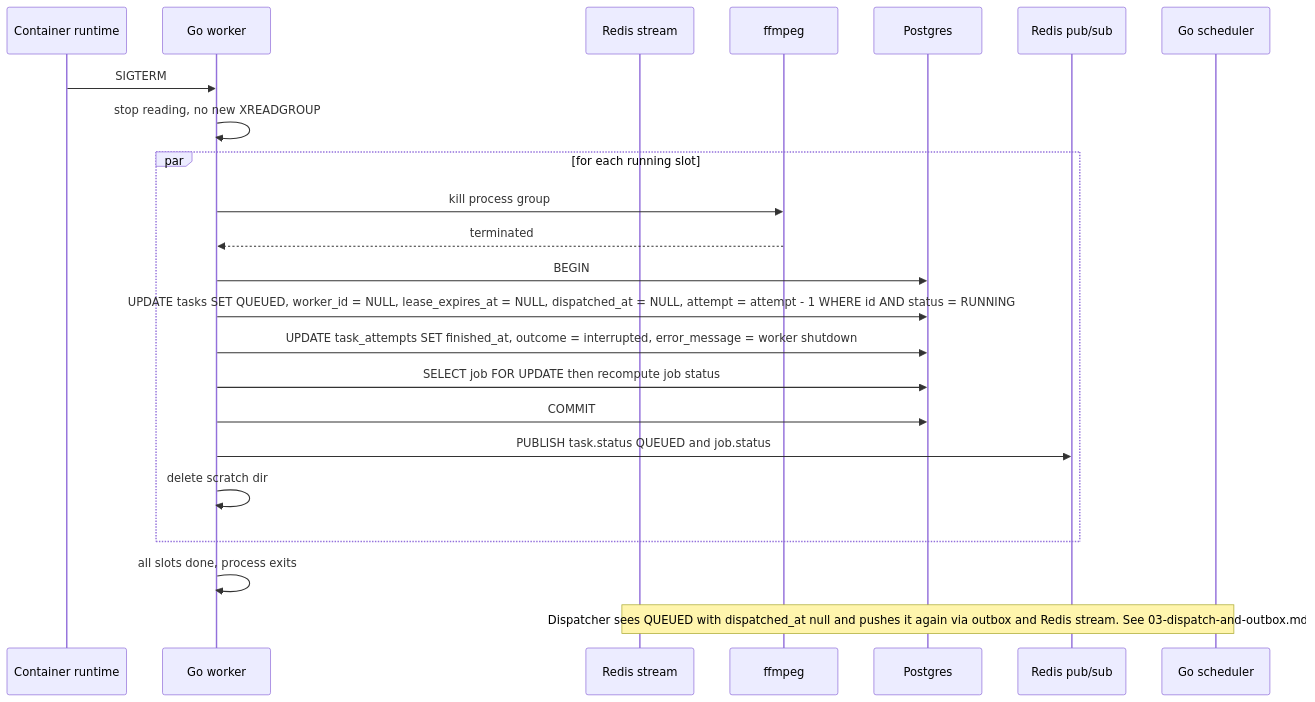
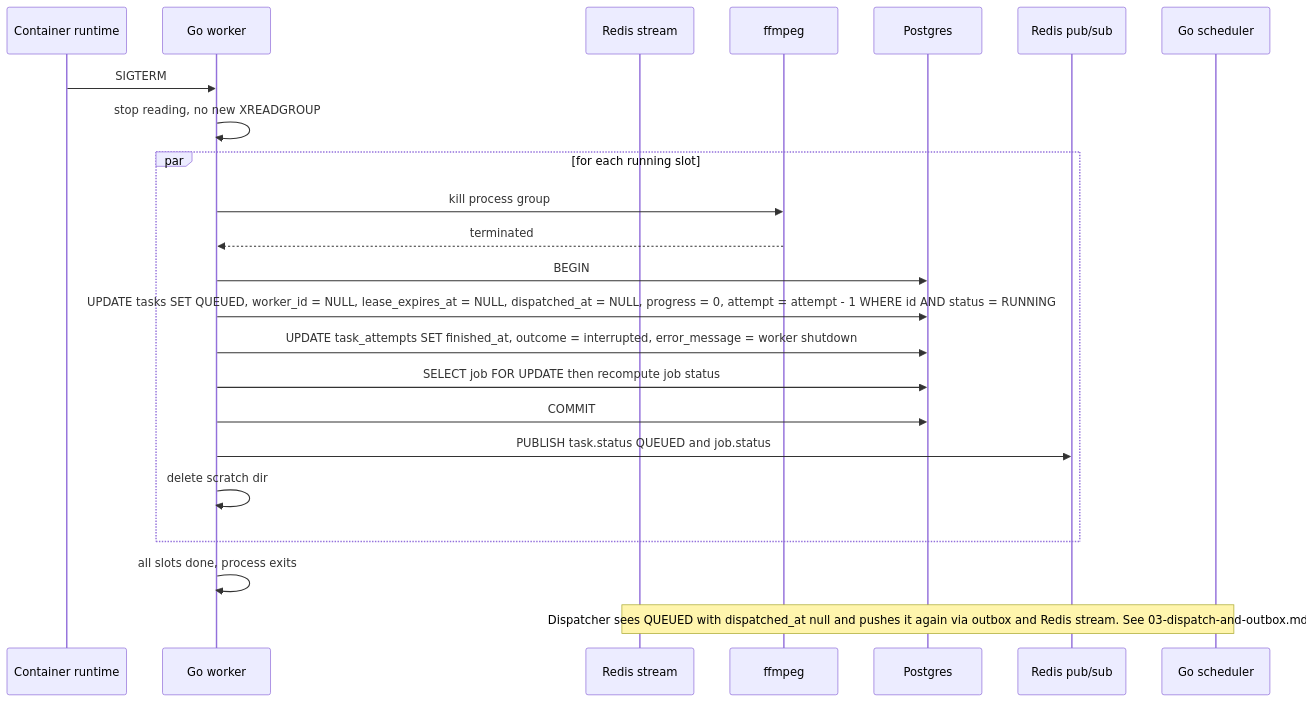
One commit to MardonBa/transcoding-job-scheduler changed the diagram in docs/diagrams/sequence/12-worker-graceful-shutdown.md. Above: the diagram before and after it, drawn with Mermaid. The commit also changed 31 other files, not shown here.

````diff
--- a/docs/diagrams/sequence/12-worker-graceful-shutdown.md
+++ b/docs/diagrams/sequence/12-worker-graceful-shutdown.md
@@ -5,27 +5,27 @@
 ```mermaid
 sequenceDiagram
     participant Docker as Container runtime
     participant Worker as Go worker
     participant RStream as Redis stream
     participant FFmpeg as ffmpeg
     participant PG as Postgres
     participant RPubSub as Redis pub/sub
     participant Sched as Go scheduler
 
     Docker->>Worker: SIGTERM
     Worker->>Worker: stop reading, no new XREADGROUP
     par for each running slot
         Worker->>FFmpeg: kill process group
         FFmpeg-->>Worker: terminated
         Worker->>PG: BEGIN
-        Worker->>PG: UPDATE tasks SET QUEUED, worker_id = NULL, lease_expires_at = NULL, dispatched_at = NULL, attempt = attempt - 1 WHERE id AND status = RUNNING
+        Worker->>PG: UPDATE tasks SET QUEUED, worker_id = NULL, lease_expires_at = NULL, dispatched_at = NULL, progress = 0, attempt = attempt - 1 WHERE id AND status = RUNNING
         Worker->>PG: UPDATE task_attempts SET finished_at, outcome = interrupted, error_message = worker shutdown
         Worker->>PG: SELECT job FOR UPDATE then recompute job status
         Worker->>PG: COMMIT
         Worker->>RPubSub: PUBLISH task.status QUEUED and job.status
         Worker->>Worker: delete scratch dir
     end
     Worker->>Worker: all slots done, process exits
 
     Note over Sched,RStream: Dispatcher sees QUEUED with dispatched_at null and pushes it again via outbox and Redis stream. See 03-dispatch-and-outbox.md
 ```
````
